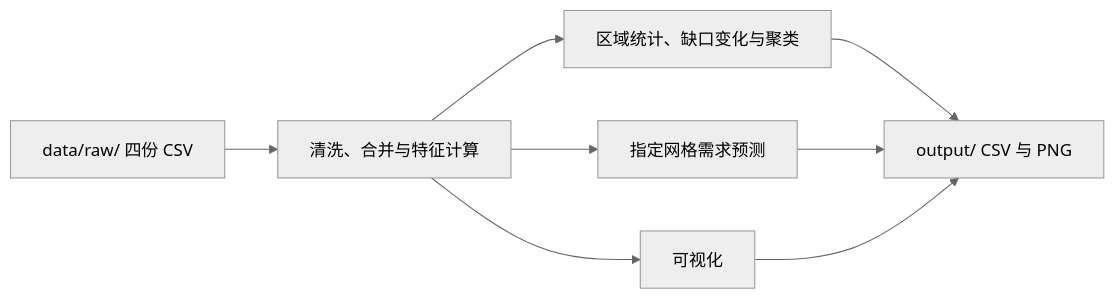
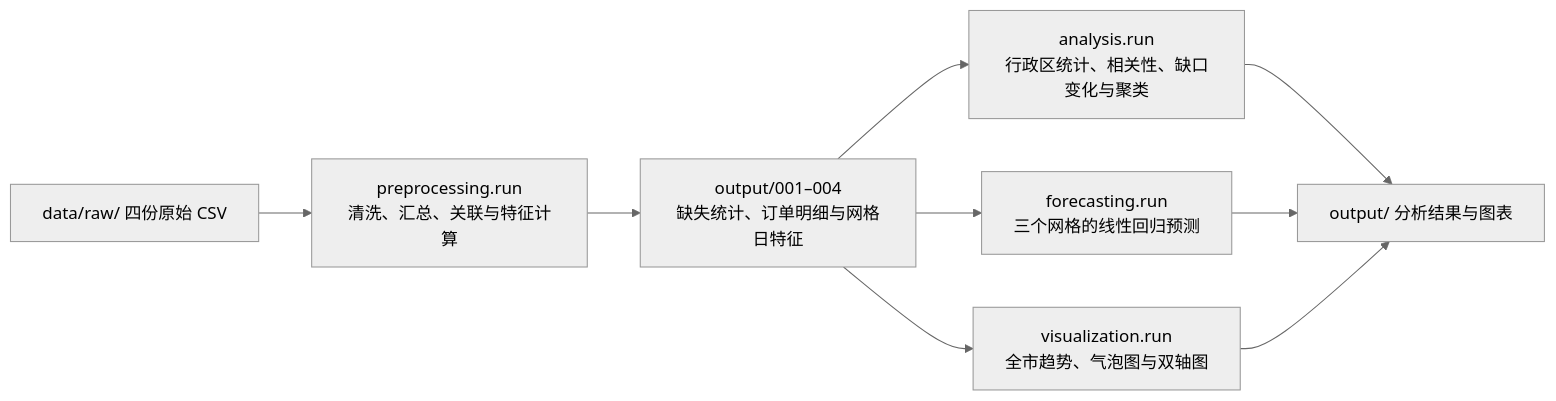
The diagram in README.md (Qian-Bo-Han/traffic), drawn with Mermaid (neutral theme) before and after one commit. The commit also changed other lines of this file, not shown here.

````diff
--- a/README.md
+++ b/README.md
@@ -42,10 +50,11 @@
 ```mermaid
 flowchart LR
-    A["data/raw/ 四份 CSV"] --> B["清洗、合并与特征计算"]
-    B --> C["区域统计、缺口变化与聚类"]
-    B --> D["指定网格需求预测"]
-    B --> E["可视化"]
-    C --> F["output/ CSV 与 PNG"]
-    D --> F
-    E --> F
+    A["data/raw/ 四份原始 CSV"] --> B["preprocessing.run<br/>清洗、汇总、关联与特征计算"]
+    B --> C["output/001–004<br/>缺失统计、订单明细与网格日特征"]
+    C --> D["analysis.run<br/>行政区统计、相关性、缺口变化与聚类"]
+    C --> E["forecasting.run<br/>三个网格的线性回归预测"]
+    C --> F["visualization.run<br/>全市趋势、气泡图与双轴图"]
+    D --> G["output/ 分析结果与图表"]
+    E --> G
+    F --> G
 ```
````
